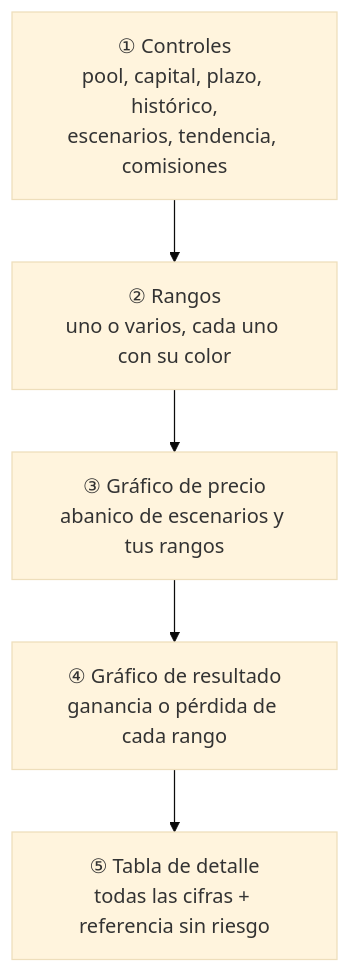
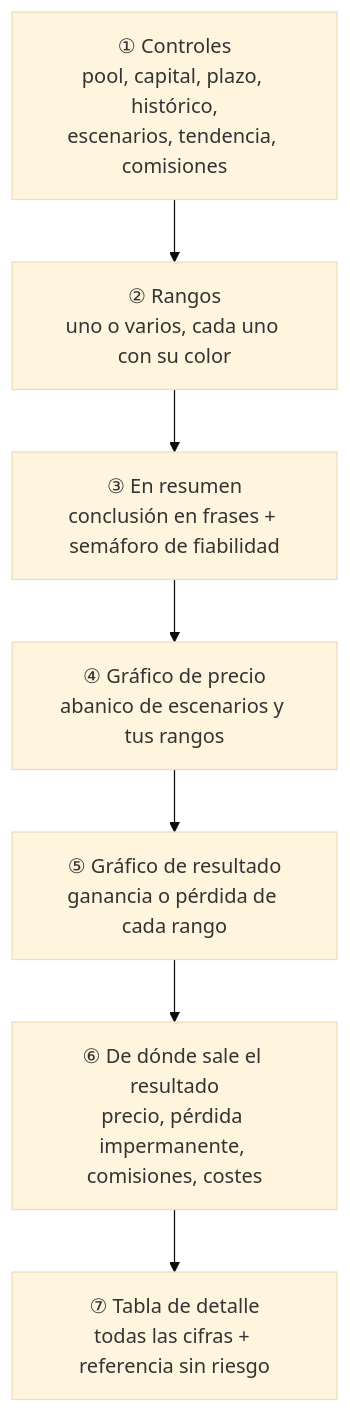
Before and after one commit to Caiico1/etapas-weinstein: the first of 7 diagrams in Guia Simulador.md, drawn with Mermaid (base theme). The commit also changed other lines of this file and 12 other files, not shown here.

First line of the commit message:
Simulador: resumen en frases, semáforo de fiabilidad y desglose del resultado

````diff
--- a/Guia Simulador.md
+++ b/Guia Simulador.md
@@ -52,7 +54,9 @@
 ```mermaid
 flowchart TB
     A["① Controles<br/>pool, capital, plazo, histórico,<br/>escenarios, tendencia, comisiones"] --> B["② Rangos<br/>uno o varios, cada uno con su color"]
-    B --> C["③ Gráfico de precio<br/>abanico de escenarios y tus rangos"]
-    C --> D["④ Gráfico de resultado<br/>ganancia o pérdida de cada rango"]
-    D --> E["⑤ Tabla de detalle<br/>todas las cifras + referencia sin riesgo"]
+    B --> R["③ En resumen<br/>conclusión en frases + semáforo de fiabilidad"]
+    R --> C["④ Gráfico de precio<br/>abanico de escenarios y tus rangos"]
+    C --> D["⑤ Gráfico de resultado<br/>ganancia o pérdida de cada rango"]
+    D --> G["⑥ De dónde sale el resultado<br/>precio, pérdida impermanente, comisiones, costes"]
+    G --> E["⑦ Tabla de detalle<br/>todas las cifras + referencia sin riesgo"]
 ```
````
